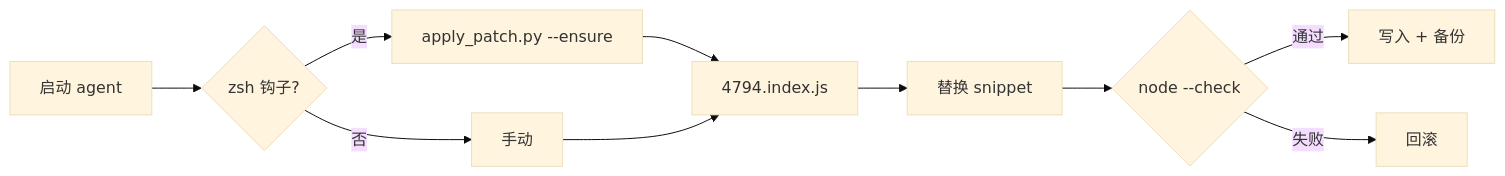
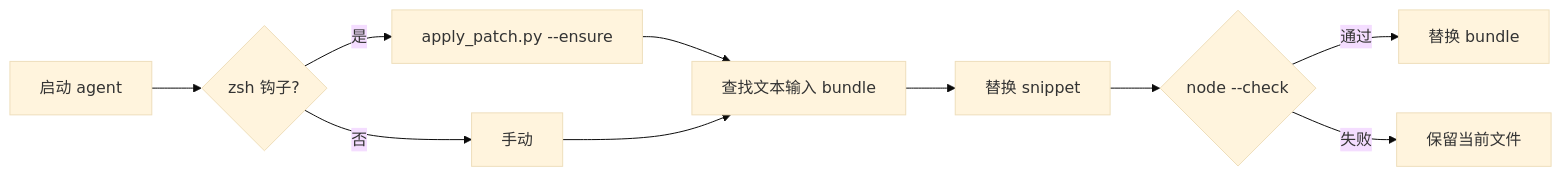
The diagram in README.zh-CN.md (vzts/cursor-cli-input-patch), drawn with Mermaid (base theme) before and after one commit. The commit also changed other lines of this file and 6 other files, not shown here.

````diff
--- a/README.zh-CN.md
+++ b/README.zh-CN.md
@@ -156,12 +156,12 @@
 ```mermaid
 flowchart LR
   A[启动 agent] --> B{zsh 钩子?}
   B -->|是| C[apply_patch.py --ensure]
   B -->|否| D[手动]
-  C --> E[4794.index.js]
+  C --> E[查找文本输入 bundle]
   D --> E
   E --> F[替换 snippet]
   F --> G{node --check}
-  G -->|通过| H[写入 + 备份]
-  G -->|失败| I[回滚]
+  G -->|通过| H[替换 bundle]
+  G -->|失败| I[保留当前文件]
 ```
````
